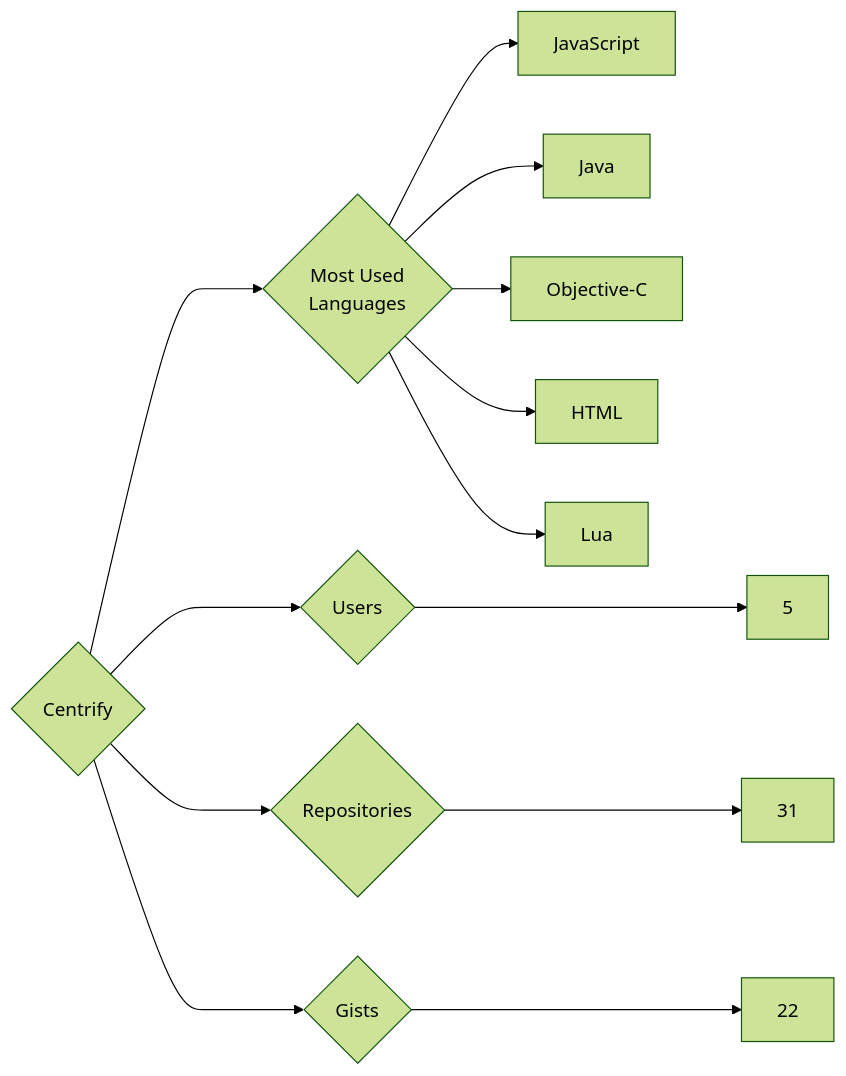
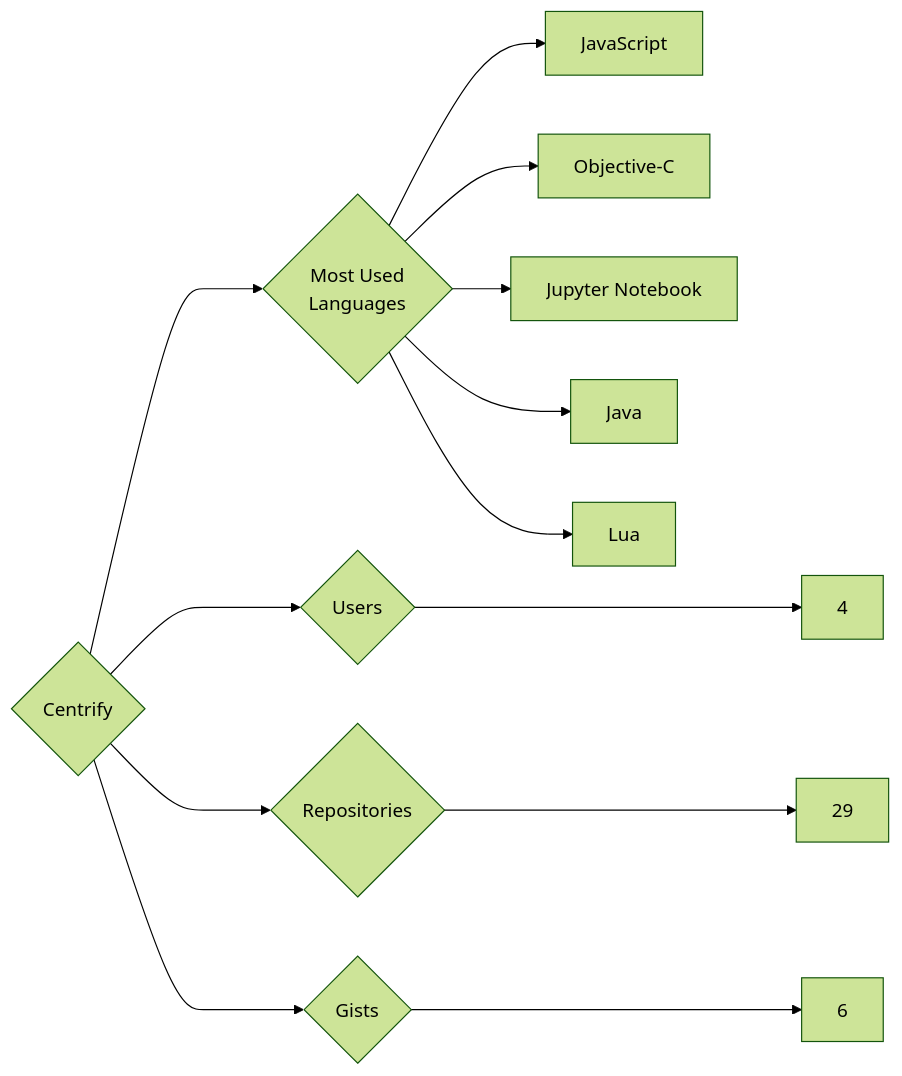
The diagram in targets/Centrify/README.md (trickest/insiders), drawn with Mermaid (forest theme) before and after one commit. The commit also changed 1023 other files, not shown here.

````diff
--- a/targets/Centrify/README.md
+++ b/targets/Centrify/README.md
@@ -3,13 +3,13 @@
 ```mermaid
 graph LR
 COMPANY_NAME{Centrify}
-COMPANY_NAME ---> U{Users} ---> UN[5]
-COMPANY_NAME ---> R{Repositories} ---> RN[31]
-COMPANY_NAME ---> G{Gists} ---> GN[22]
+COMPANY_NAME ---> U{Users} ---> UN[4]
+COMPANY_NAME ---> R{Repositories} ---> RN[29]
+COMPANY_NAME ---> G{Gists} ---> GN[6]
 COMPANY_NAME ---> ML{Most Used<br>Languages}
 ML --> JavaScript[JavaScript]
+ML --> Objective-C[Objective-C]
+ML --> Jupyter_Notebook[Jupyter Notebook]
 ML --> Java[Java]
-ML --> Objective-C[Objective-C]
-ML --> HTML[HTML]
 ML --> Lua[Lua]
 ```
````
